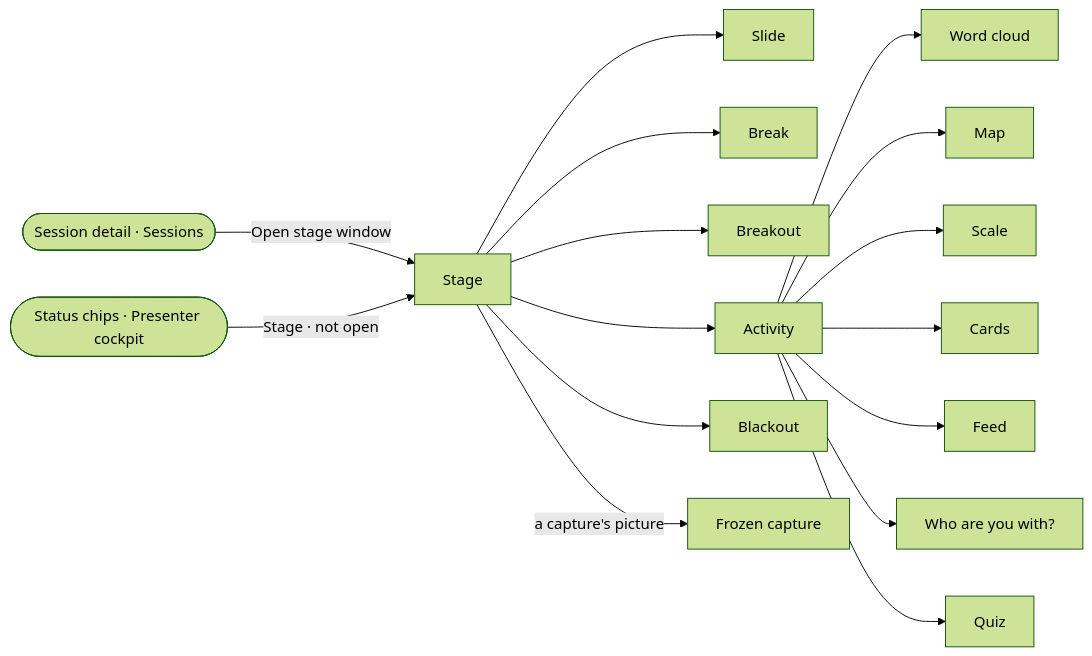
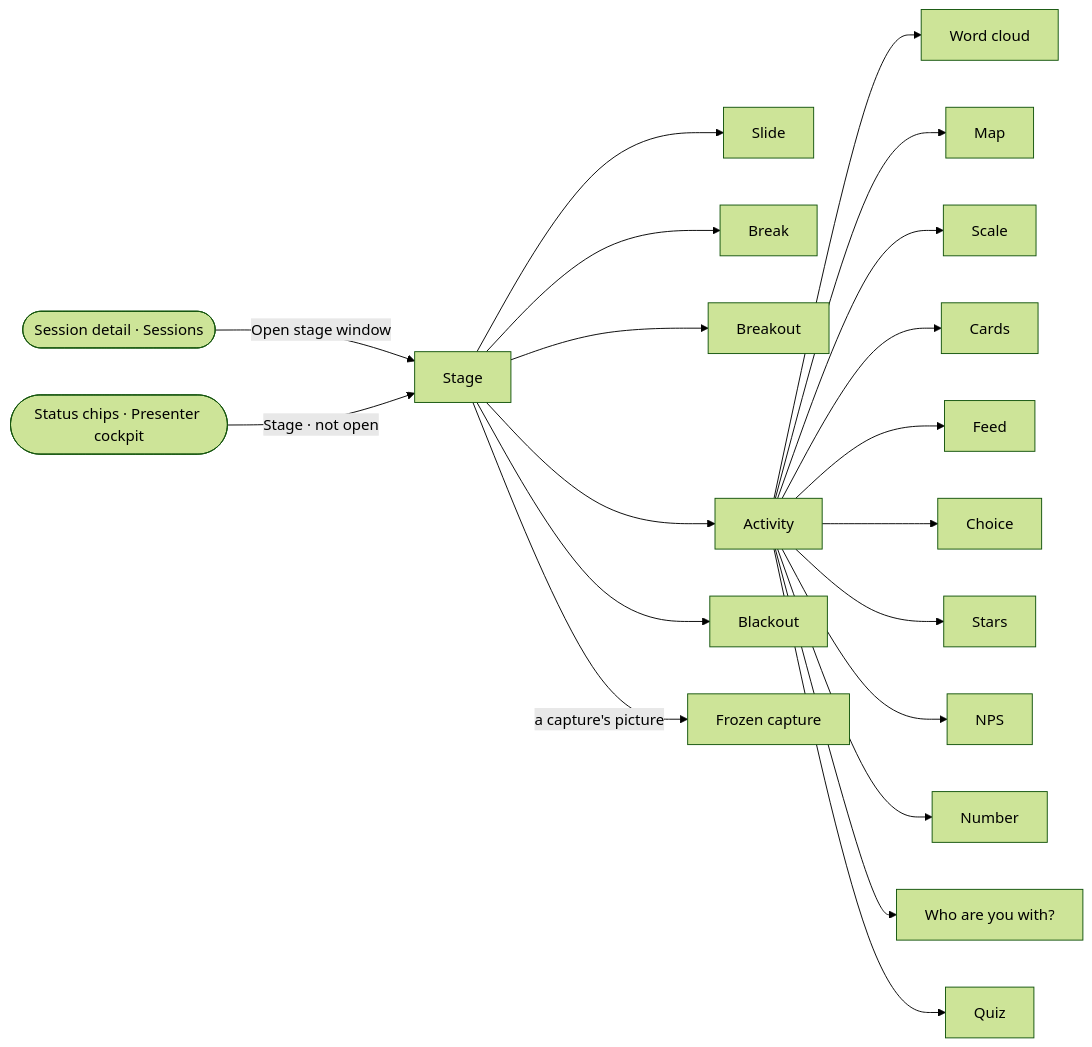
The tenth of 12 diagrams in docs/ux-surface-map.md (ferraroroberto/facilitation-suite), drawn with Mermaid (forest theme) before and after one commit. The commit also changed other lines of this file and 36 other files, not shown here.

First line of the commit message:
feat: choice, stars, NPS and number polls, answered by chat and phone (#601)

````diff
--- a/docs/ux-surface-map.md
+++ b/docs/ux-surface-map.md
@@ -1914,34 +1914,42 @@
 ```mermaid
 flowchart LR
   s120["Stage"]
   s121["Slide"]
   s122["Break"]
   s123["Breakout"]
   s124["Activity"]
   s125["Word cloud"]
   s126["Map"]
   s127["Scale"]
   s128["Cards"]
   s129["Feed"]
-  s130["Who are you with?"]
-  s131["Quiz"]
-  s132["Blackout"]
-  s133["Frozen capture"]
+  s130["Choice"]
+  s131["Stars"]
+  s132["NPS"]
+  s133["Number"]
+  s134["Who are you with?"]
+  s135["Quiz"]
+  s136["Blackout"]
+  s137["Frozen capture"]
   s17(["Session detail · Sessions"])
   s93(["Status chips · Presenter cockpit"])
   s17 -->|"Open stage window"| s120
   s93 -->|"Stage · not open"| s120
   s120 --> s121
   s120 --> s122
   s120 --> s123
   s120 --> s124
-  s120 --> s132
-  s120 -->|"a capture's picture"| s133
+  s120 --> s136
+  s120 -->|"a capture's picture"| s137
   s124 --> s125
   s124 --> s126
   s124 --> s127
   s124 --> s128
   s124 --> s129
   s124 --> s130
   s124 --> s131
+  s124 --> s132
+  s124 --> s133
+  s124 --> s134
+  s124 --> s135
 ```
````
